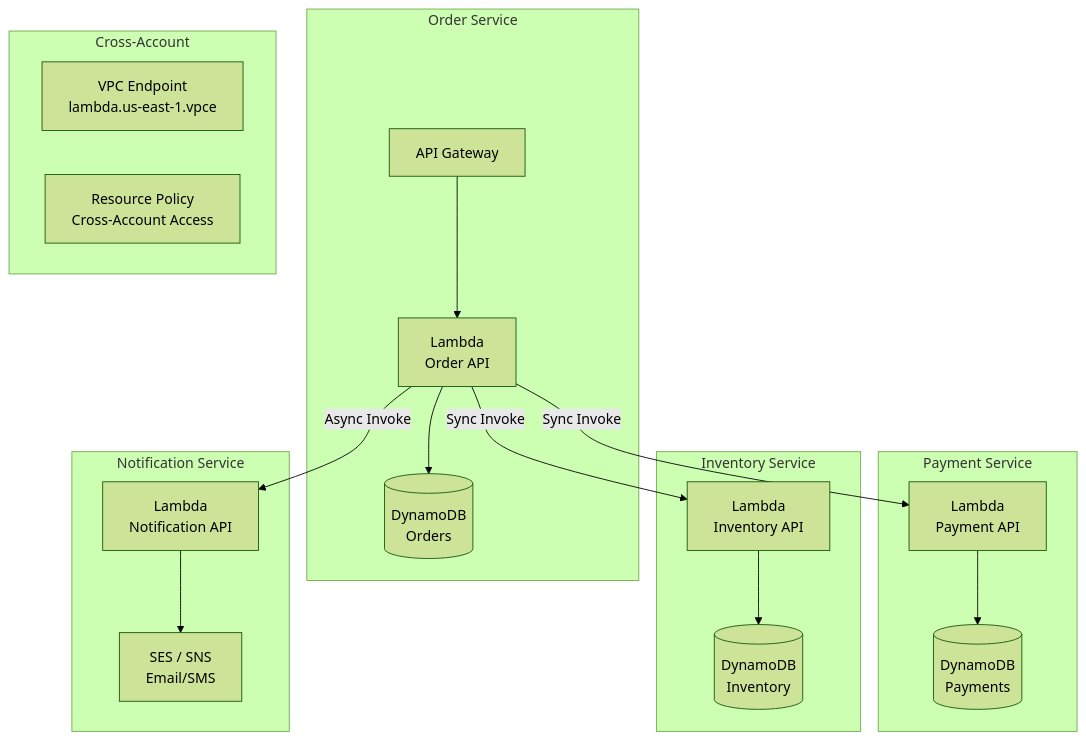
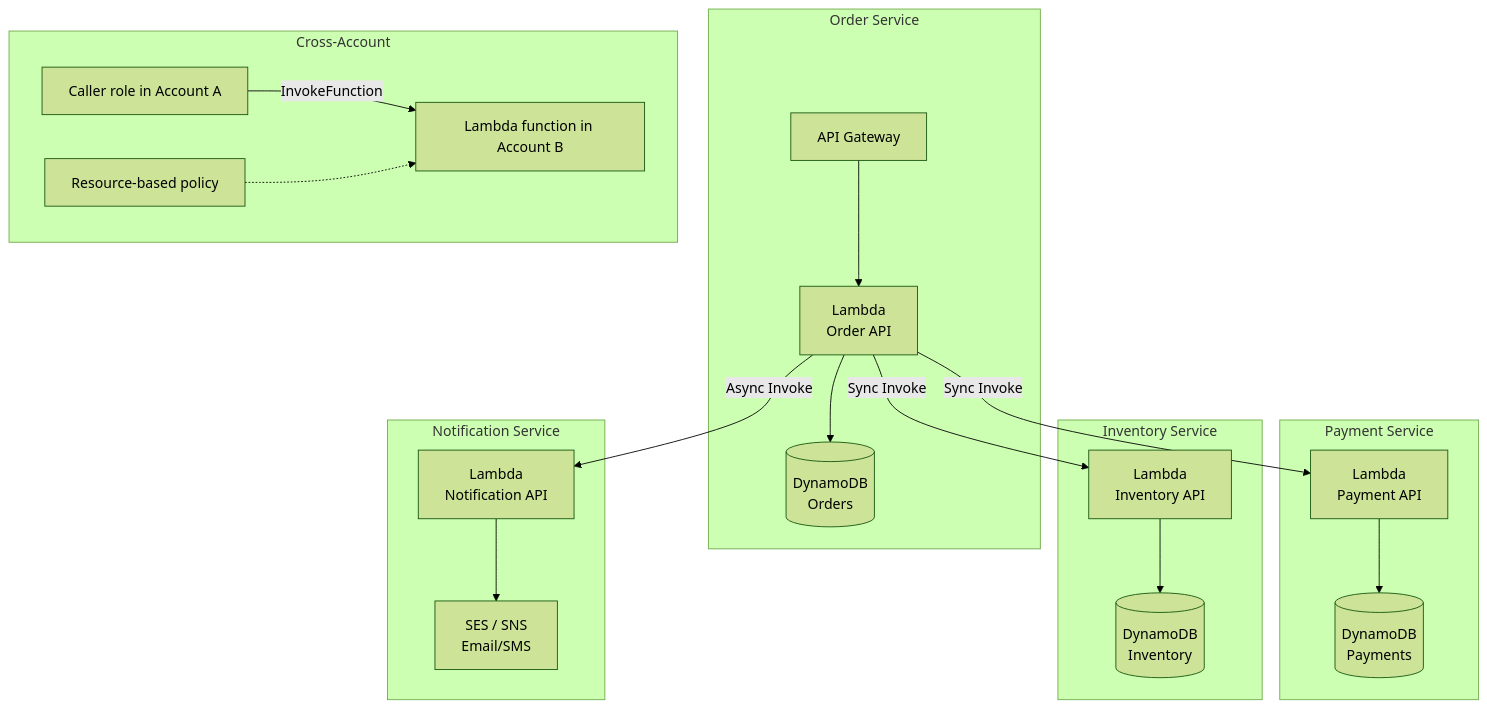
One commit to AlexanderBesss/AWS_best_praactices changed the fourth of 7 diagrams in Design/02-communication-patterns.md. Above: the diagram before and after it, drawn with Mermaid (forest theme). The commit also changed other lines of this file and 31 other files, not shown here.

````diff
--- a/Design/02-communication-patterns.md
+++ b/Design/02-communication-patterns.md
@@ -254,31 +258,31 @@
 ```mermaid
 graph TB
     subgraph "Order Service"
         A[API Gateway] --> B[Lambda<br/>Order API]
         B --> C[(DynamoDB<br/>Orders)]
     end
     
     subgraph "Payment Service"
         D[Lambda<br/>Payment API]
         D --> E[(DynamoDB<br/>Payments)]
     end
     
     subgraph "Inventory Service"
         F[Lambda<br/>Inventory API]
         F --> G[(DynamoDB<br/>Inventory)]
     end
     
     subgraph "Notification Service"
         H[Lambda<br/>Notification API]
         H --> I[SES / SNS<br/>Email/SMS]
     end
     
     B -->|Sync Invoke| D
     B -->|Sync Invoke| F
     B -->|Async Invoke| H
-    
+
     subgraph "Cross-Account"
-        J[VPC Endpoint<br/>lambda.us-east-1.vpce]
-        K[Resource Policy<br/>Cross-Account Access]
+        J[Caller role in Account A] -->|InvokeFunction| K[Lambda function in Account B]
+        L[Resource-based policy] -.-> K
     end
 ```
````
